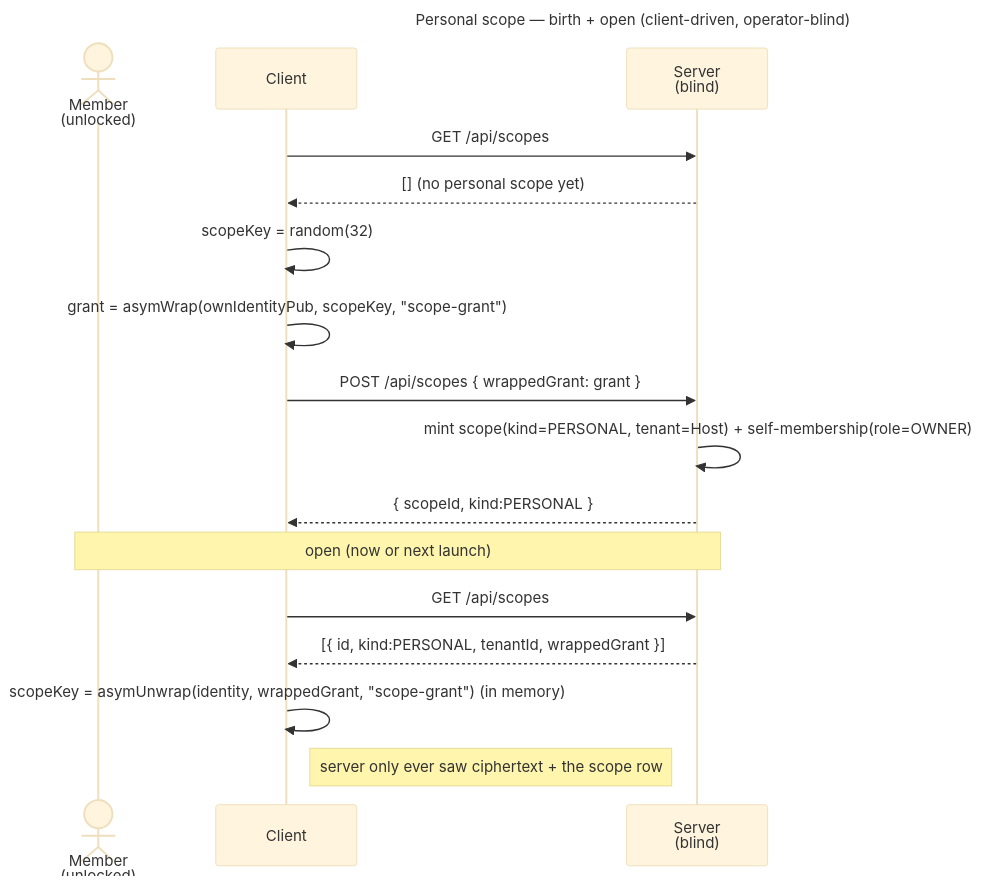
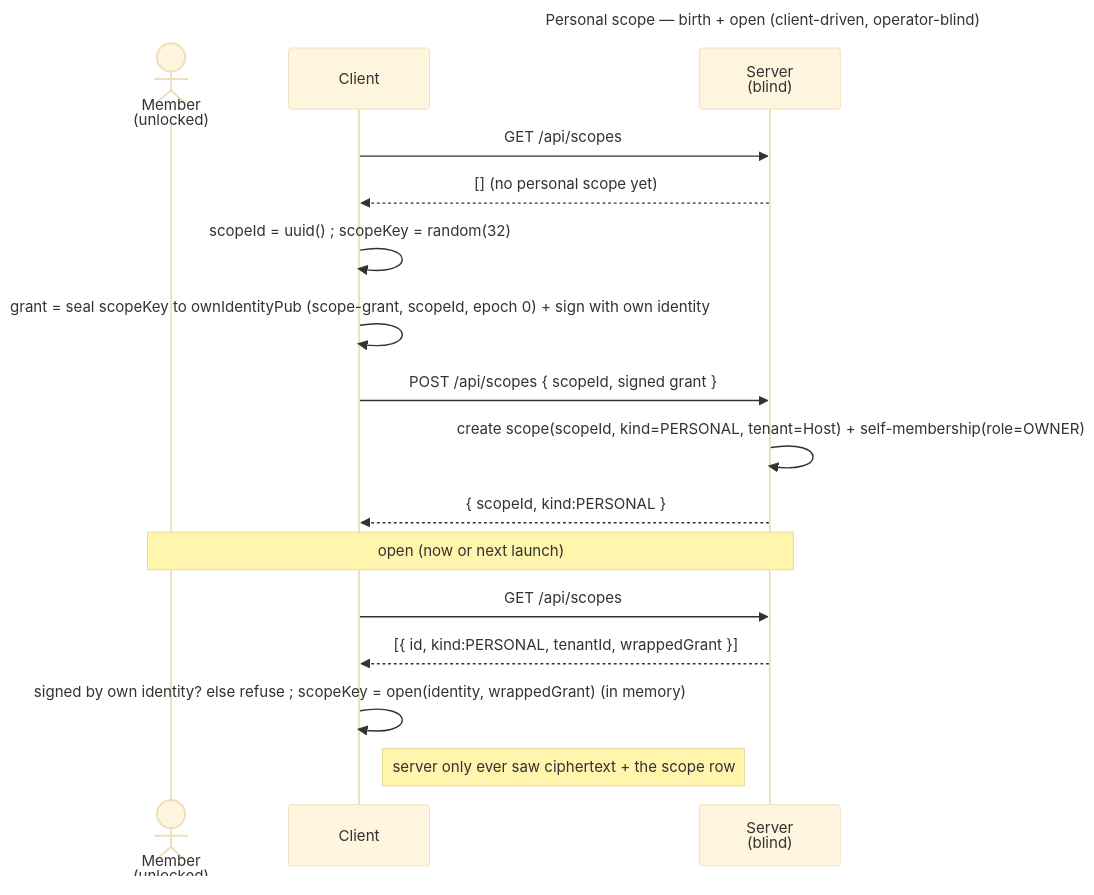
Before and after one commit to raddatzk/veyq: the diagram in docs/features/spaces/enablers/en.spaces.personal-scope.md, drawn with Mermaid (base theme). The commit also changed other lines of this file and 32 other files, not shown here.

First line of the commit message:
docs: a seal binds its object; admission is a key-holder act; cold credentials prove the Secret Key

````diff
--- a/docs/features/spaces/enablers/en.spaces.personal-scope.md
+++ b/docs/features/spaces/enablers/en.spaces.personal-scope.md
@@ -52,21 +56,21 @@
 ```mermaid
 ---
 title: Personal scope — birth + open (client-driven, operator-blind)
 ---
 sequenceDiagram
   actor U as Member<br>(unlocked)
   participant C as Client
   participant S as Server<br>(blind)
   C->>S: GET /api/scopes
   S-->>C: [] (no personal scope yet)
-  C->>C: scopeKey = random(32)
-  C->>C: grant = asymWrap(ownIdentityPub, scopeKey, "scope-grant")
-  C->>S: POST /api/scopes { wrappedGrant: grant }
-  S->>S: mint scope(kind=PERSONAL, tenant=Host) + self-membership(role=OWNER)
+  C->>C: scopeId = uuid() #59; scopeKey = random(32)
+  C->>C: grant = seal scopeKey to ownIdentityPub (scope-grant, scopeId, epoch 0) + sign with own identity
+  C->>S: POST /api/scopes { scopeId, signed grant }
+  S->>S: create scope(scopeId, kind=PERSONAL, tenant=Host) + self-membership(role=OWNER)
   S-->>C: { scopeId, kind:PERSONAL }
   Note over U,S: open (now or next launch)
   C->>S: GET /api/scopes
   S-->>C: [{ id, kind:PERSONAL, tenantId, wrappedGrant }]
-  C->>C: scopeKey = asymUnwrap(identity, wrappedGrant, "scope-grant")  (in memory)
+  C->>C: signed by own identity? else refuse #59; scopeKey = open(identity, wrappedGrant)  (in memory)
   Note right of C: server only ever saw ciphertext + the scope row
 ```
````
